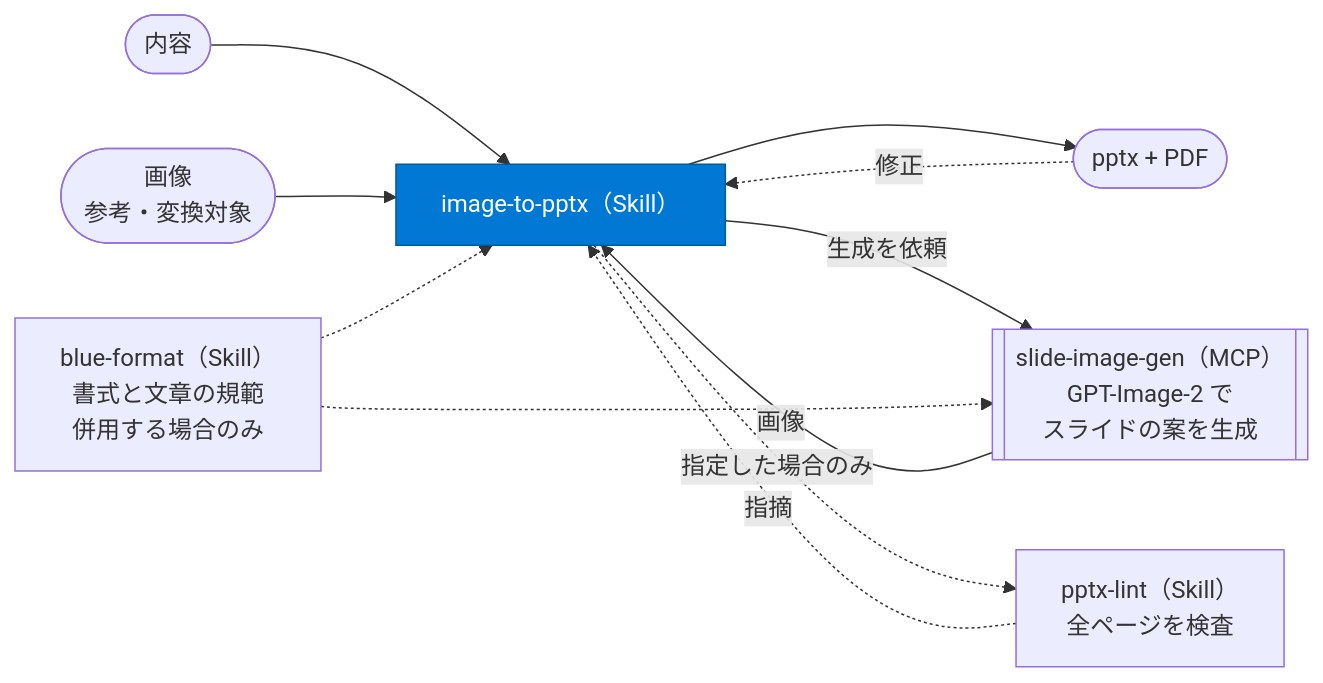
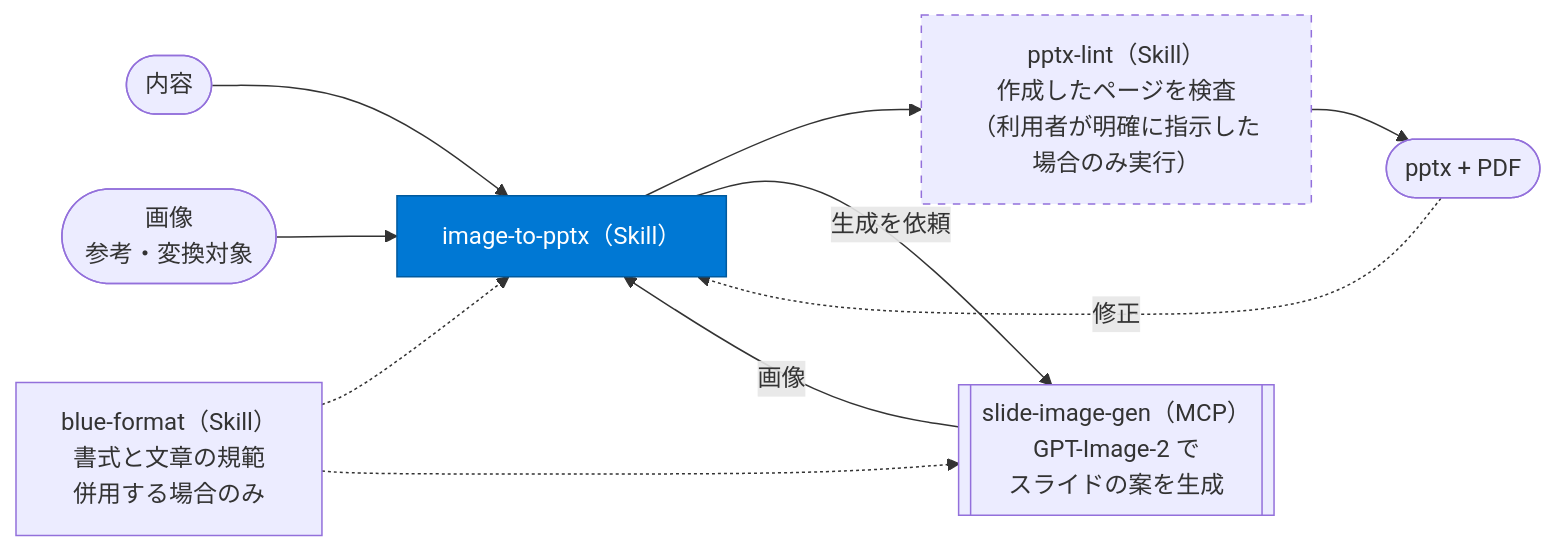
The second of 2 diagrams in README.md (akitamoto-dev/pptx-as-code), drawn with Mermaid before and after one commit. The commit also changed other lines of this file, not shown here.

Commit message:
README の作成方法の図と動作確認の手順を見直す

````diff
--- a/README.md
+++ b/README.md
@@ -49,22 +49,22 @@
 ```mermaid
 flowchart LR
     IN(["内容"])
     IMG(["画像<br/>参考・変換対象"])
     BF["blue-format（Skill）<br/>書式と文章の規範<br/>併用する場合のみ"]
     I2P["image-to-pptx（Skill）"]
-    LINT["pptx-lint（Skill）<br/>全ページを検査"]
+    LINT["pptx-lint（Skill）<br/>作成したページを検査<br/>（利用者が明確に指示した場合のみ実行）"]
     OUT(["pptx + PDF"])
     GEN[["slide-image-gen（MCP）<br/>GPT-Image-2 で<br/>スライドの案を生成"]]
 
     IN --> I2P
     IMG --> I2P
-    I2P --> OUT
+    I2P --> LINT
+    LINT --> OUT
     I2P -->|生成を依頼| GEN
     GEN -->|画像| I2P
     BF -.-> I2P
     BF -.-> GEN
-    I2P -.->|指定した場合のみ| LINT
-    LINT -.->|指摘| I2P
     OUT -.->|修正| I2P
     style I2P fill:#0078D4,stroke:#005A9E,color:#ffffff
+    style LINT stroke-dasharray: 5 5
 ```
````
